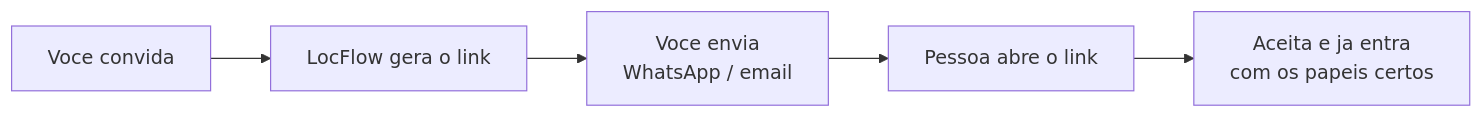
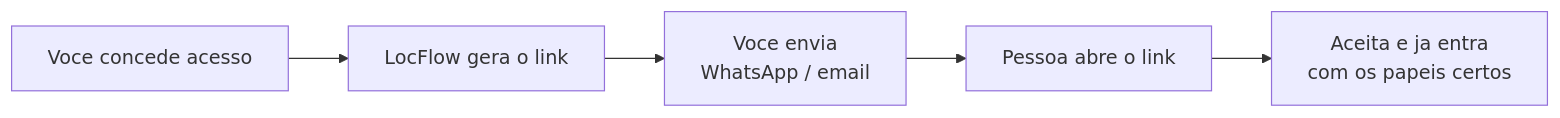
The second of 2 diagrams in configuracoes/colaboradores-e-acessos.md (LocFlowTeam/locflow-docs), drawn with Mermaid before and after one commit. The commit also changed other lines of this file and 6 other files, not shown here.

````diff
--- a/configuracoes/colaboradores-e-acessos.md
+++ b/configuracoes/colaboradores-e-acessos.md
@@ -20,7 +69,7 @@
 ```mermaid
 flowchart LR
-    A[Voce convida] --> B[LocFlow gera o link]
+    A[Voce concede acesso] --> B[LocFlow gera o link]
     B --> C[Voce envia<br/>WhatsApp / email]
     C --> D[Pessoa abre o link]
     D --> E[Aceita e ja entra<br/>com os papeis certos]
 ```
````
